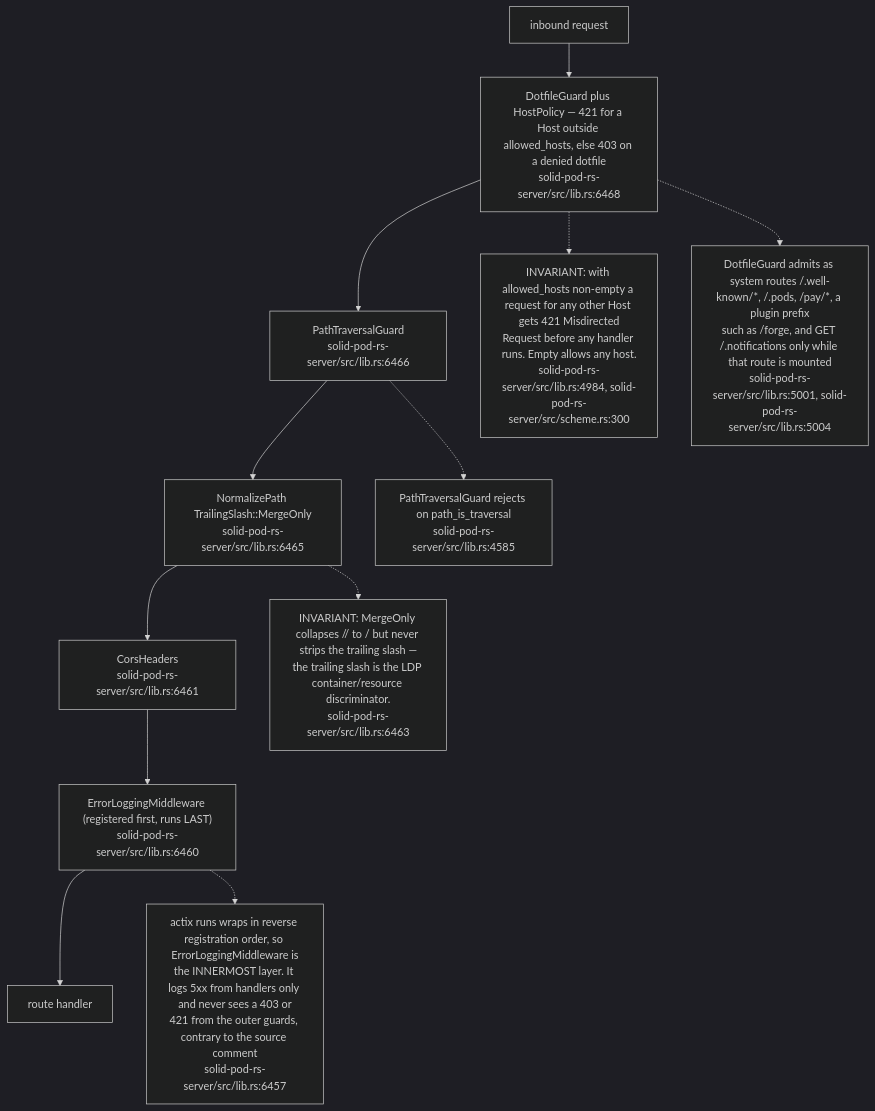
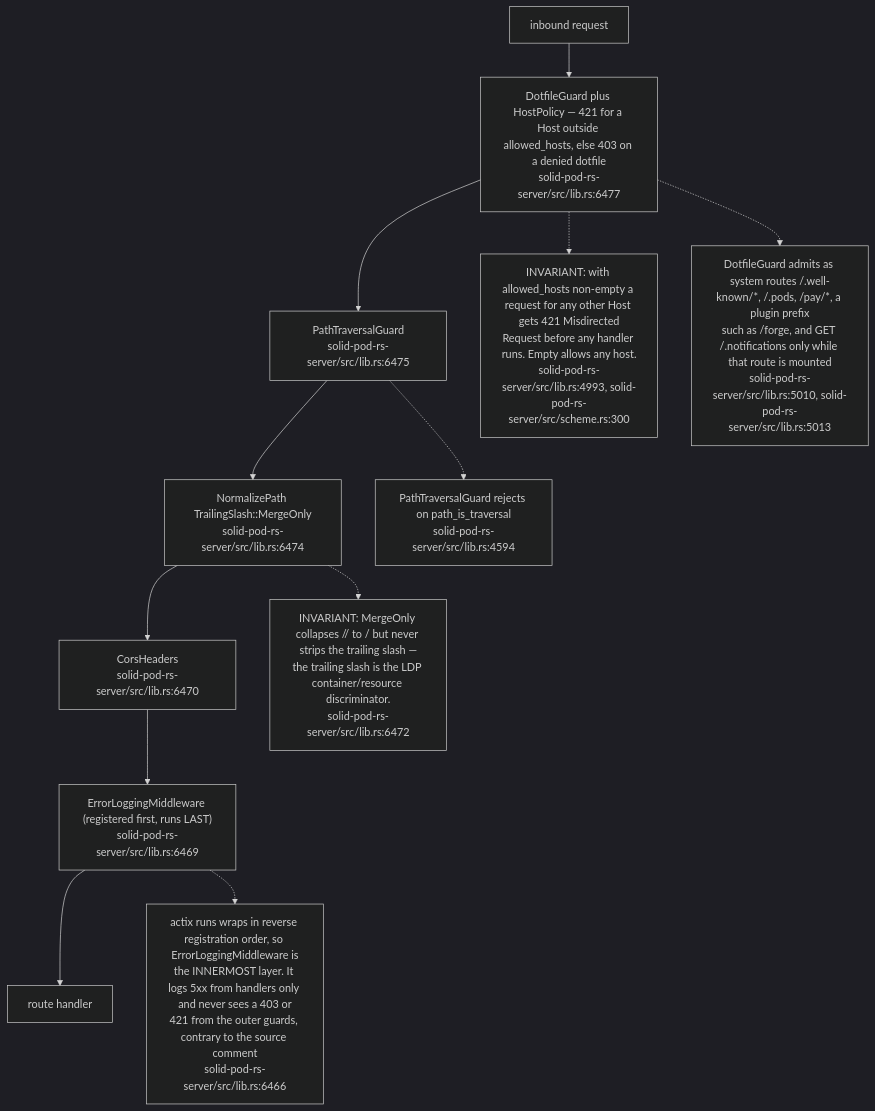
Before and after one commit to DreamLab-AI/VisionFlow: the seventh of 13 diagrams in docs/diagrams/solid-pod-rs/02-server-boot-and-routes.md, drawn with Mermaid (dark theme). The commit also changed other lines of this file and 18 other files, not shown here.

First line of the commit message:
docs(diagrams): freeze panels for fixed defects and add successors at the fix revisions

````diff
--- a/docs/diagrams/solid-pod-rs/02-server-boot-and-routes.md
+++ b/docs/diagrams/solid-pod-rs/02-server-boot-and-routes.md
@@ -246,23 +246,23 @@
 ```mermaid
 flowchart TD
     REQ["inbound request"]
-    ELM["ErrorLoggingMiddleware (registered first, runs LAST)<br/>solid-pod-rs-server/src/lib.rs:6460"]
-    CORS["CorsHeaders<br/>solid-pod-rs-server/src/lib.rs:6461"]
-    NORM["NormalizePath TrailingSlash::MergeOnly<br/>solid-pod-rs-server/src/lib.rs:6465"]
-    PTG["PathTraversalGuard<br/>solid-pod-rs-server/src/lib.rs:6466"]
-    DFG["DotfileGuard plus HostPolicy — 421 for a Host outside allowed_hosts, else 403 on a denied dotfile<br/>solid-pod-rs-server/src/lib.rs:6468"]
+    ELM["ErrorLoggingMiddleware (registered first, runs LAST)<br/>solid-pod-rs-server/src/lib.rs:6469"]
+    CORS["CorsHeaders<br/>solid-pod-rs-server/src/lib.rs:6470"]
+    NORM["NormalizePath TrailingSlash::MergeOnly<br/>solid-pod-rs-server/src/lib.rs:6474"]
+    PTG["PathTraversalGuard<br/>solid-pod-rs-server/src/lib.rs:6475"]
+    DFG["DotfileGuard plus HostPolicy — 421 for a Host outside allowed_hosts, else 403 on a denied dotfile<br/>solid-pod-rs-server/src/lib.rs:6477"]
     H["route handler"]
 
     REQ --> DFG --> PTG --> NORM --> CORS --> ELM --> H
 
-    N1["INVARIANT: MergeOnly collapses // to / but never strips the trailing slash —<br/>the trailing slash is the LDP container/resource discriminator.<br/>solid-pod-rs-server/src/lib.rs:6463"]
+    N1["INVARIANT: MergeOnly collapses // to / but never strips the trailing slash —<br/>the trailing slash is the LDP container/resource discriminator.<br/>solid-pod-rs-server/src/lib.rs:6472"]
     NORM -.-> N1
-    N2["actix runs wraps in reverse registration order, so ErrorLoggingMiddleware is<br/>the INNERMOST layer. It logs 5xx from handlers only and never sees a 403 or<br/>421 from the outer guards, contrary to the source comment<br/>solid-pod-rs-server/src/lib.rs:6457"]
+    N2["actix runs wraps in reverse registration order, so ErrorLoggingMiddleware is<br/>the INNERMOST layer. It logs 5xx from handlers only and never sees a 403 or<br/>421 from the outer guards, contrary to the source comment<br/>solid-pod-rs-server/src/lib.rs:6466"]
     ELM -.-> N2
-    N3["PathTraversalGuard rejects on path_is_traversal<br/>solid-pod-rs-server/src/lib.rs:4585"]
+    N3["PathTraversalGuard rejects on path_is_traversal<br/>solid-pod-rs-server/src/lib.rs:4594"]
     PTG -.-> N3
-    N4["INVARIANT: with allowed_hosts non-empty a request for any other Host gets 421 Misdirected<br/>Request before any handler runs. Empty allows any host.<br/>solid-pod-rs-server/src/lib.rs:4984, solid-pod-rs-server/src/scheme.rs:300"]
+    N4["INVARIANT: with allowed_hosts non-empty a request for any other Host gets 421 Misdirected<br/>Request before any handler runs. Empty allows any host.<br/>solid-pod-rs-server/src/lib.rs:4993, solid-pod-rs-server/src/scheme.rs:300"]
     DFG -.-> N4
-    N5["DotfileGuard admits as system routes /.well-known/*, /.pods, /pay/*, a plugin prefix<br/>such as /forge, and GET /.notifications only while that route is mounted<br/>solid-pod-rs-server/src/lib.rs:5001, solid-pod-rs-server/src/lib.rs:5004"]
+    N5["DotfileGuard admits as system routes /.well-known/*, /.pods, /pay/*, a plugin prefix<br/>such as /forge, and GET /.notifications only while that route is mounted<br/>solid-pod-rs-server/src/lib.rs:5010, solid-pod-rs-server/src/lib.rs:5013"]
     DFG -.-> N5
 ```
````
